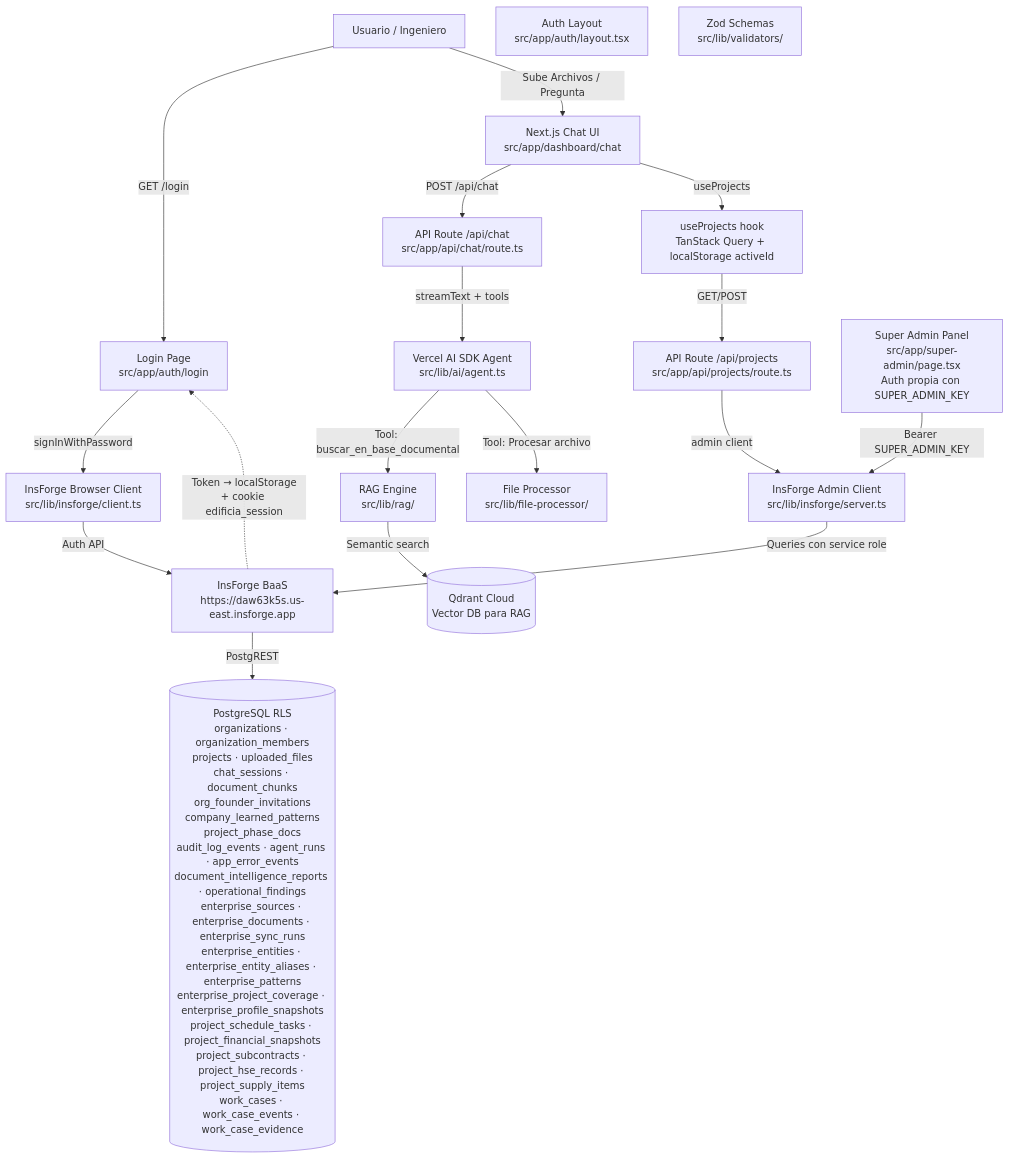
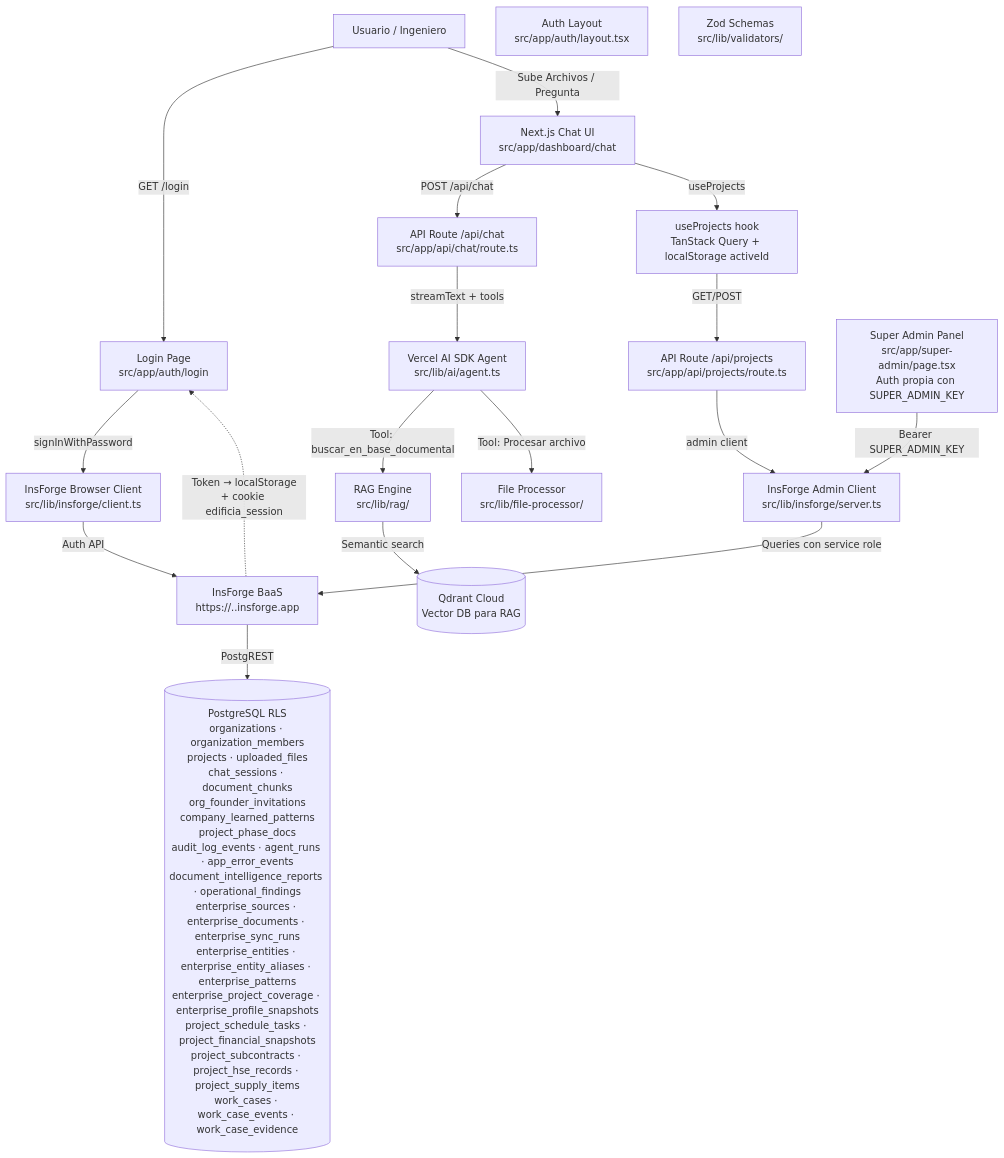
Before and after one commit to nachapoticon-dot/EdificiA-Core: the diagram in docs/04_architecture_map.md, drawn with Mermaid. The commit also changed 1 other file, not shown here.

Commit message:
docs: quitar la URL e ID del proyecto InsForge de la documentación

````diff
--- a/docs/04_architecture_map.md
+++ b/docs/04_architecture_map.md
@@ -20,67 +20,67 @@
 ```mermaid
 graph TD
     %% Entidades externas
     User[Usuario / Ingeniero]
 
     %% Auth Flow
     LoginPage[Login Page\nsrc/app/auth/login]
     AuthLayout[Auth Layout\nsrc/app/auth/layout.tsx]
 
     %% Dashboard
     ChatUI[Next.js Chat UI\nsrc/app/dashboard/chat]
     ChatAPI[API Route /api/chat\nsrc/app/api/chat/route.ts]
 
     %% AI
     AI_Agent[Vercel AI SDK Agent\nsrc/lib/ai/agent.ts]
 
     %% InsForge
     BrowserClient[InsForge Browser Client\nsrc/lib/insforge/client.ts]
     AdminClient[InsForge Admin Client\nsrc/lib/insforge/server.ts]
-    InsForgeBackend[InsForge BaaS\nhttps://daw63k5s.us-east.insforge.app]
+    InsForgeBackend[InsForge BaaS\nhttps://<appkey>.<region>.insforge.app]
 
     %% DB
     DB[(PostgreSQL RLS\norganizations · organization_members\nprojects · uploaded_files\nchat_sessions · document_chunks\norg_founder_invitations\ncompany_learned_patterns\nproject_phase_docs\naudit_log_events · agent_runs · app_error_events\ndocument_intelligence_reports · operational_findings\nenterprise_sources · enterprise_documents · enterprise_sync_runs\nenterprise_entities · enterprise_entity_aliases · enterprise_patterns\nenterprise_project_coverage · enterprise_profile_snapshots\nproject_schedule_tasks · project_financial_snapshots\nproject_subcontracts · project_hse_records · project_supply_items\nwork_cases · work_case_events · work_case_evidence)]
 
     %% Qdrant
     Qdrant[(Qdrant Cloud\nVector DB para RAG)]
 
     %% Tools
     Parser[File Processor\nsrc/lib/file-processor/]
     RAG[RAG Engine\nsrc/lib/rag/]
 
     %% Validators
     Validators[Zod Schemas\nsrc/lib/validators/]
 
     %% Projects API
     ProjectsAPI[API Route /api/projects\nsrc/app/api/projects/route.ts]
     useProjects[useProjects hook\nTanStack Query + localStorage activeId]
 
     %% Super Admin
     SuperAdmin[Super Admin Panel\nsrc/app/super-admin/page.tsx\nAuth propia con SUPER_ADMIN_KEY]
 
     %% Conexiones Auth (middleware real + cookie de sesión)
     User -- "GET /login" --> LoginPage
     LoginPage -- "signInWithPassword" --> BrowserClient
     BrowserClient -- "Auth API" --> InsForgeBackend
     InsForgeBackend -. "Token → localStorage\n+ cookie edificia_session" .-> LoginPage
 
     %% Conexiones Chat
     User -- "Sube Archivos / Pregunta" --> ChatUI
     ChatUI -- "POST /api/chat" --> ChatAPI
     ChatAPI -- "streamText + tools" --> AI_Agent
     AI_Agent -- "Tool: buscar_en_base_documental" --> RAG
     RAG -- "Semantic search" --> Qdrant
     AI_Agent -- "Tool: Procesar archivo" --> Parser
 
     %% Projects
     ChatUI -- "useProjects" --> useProjects
     useProjects -- "GET/POST" --> ProjectsAPI
     ProjectsAPI -- "admin client" --> AdminClient
 
     %% DB
     AdminClient -- "Queries con service role" --> InsForgeBackend
     InsForgeBackend -- "PostgREST" --> DB
 
     %% Super Admin (independiente)
     SuperAdmin -- "Bearer SUPER_ADMIN_KEY" --> AdminClient
 ```
````
